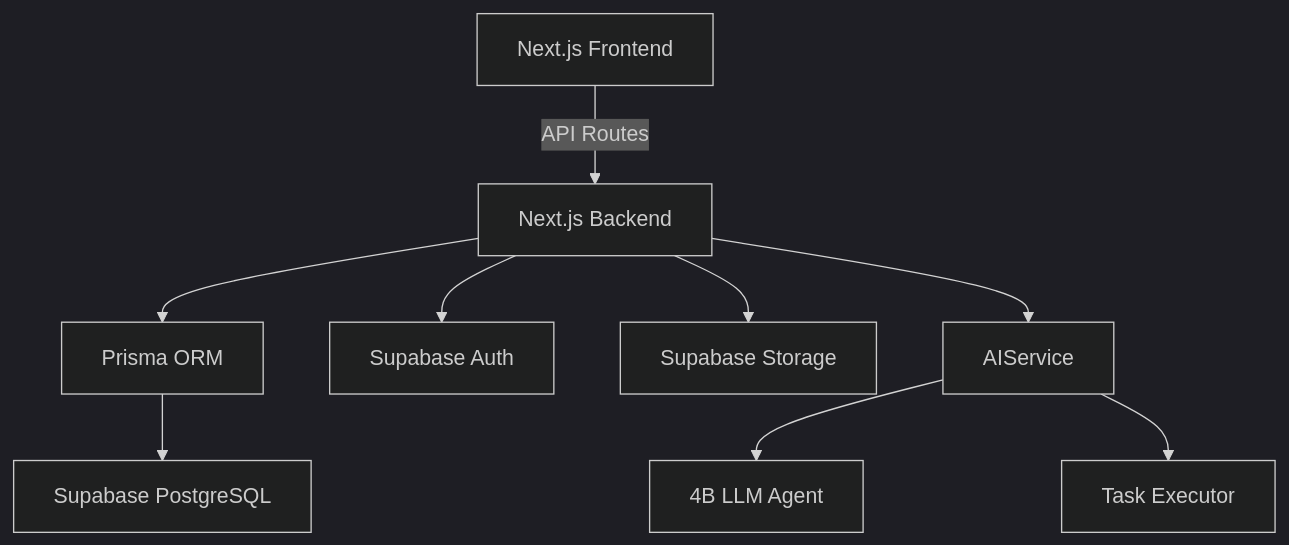
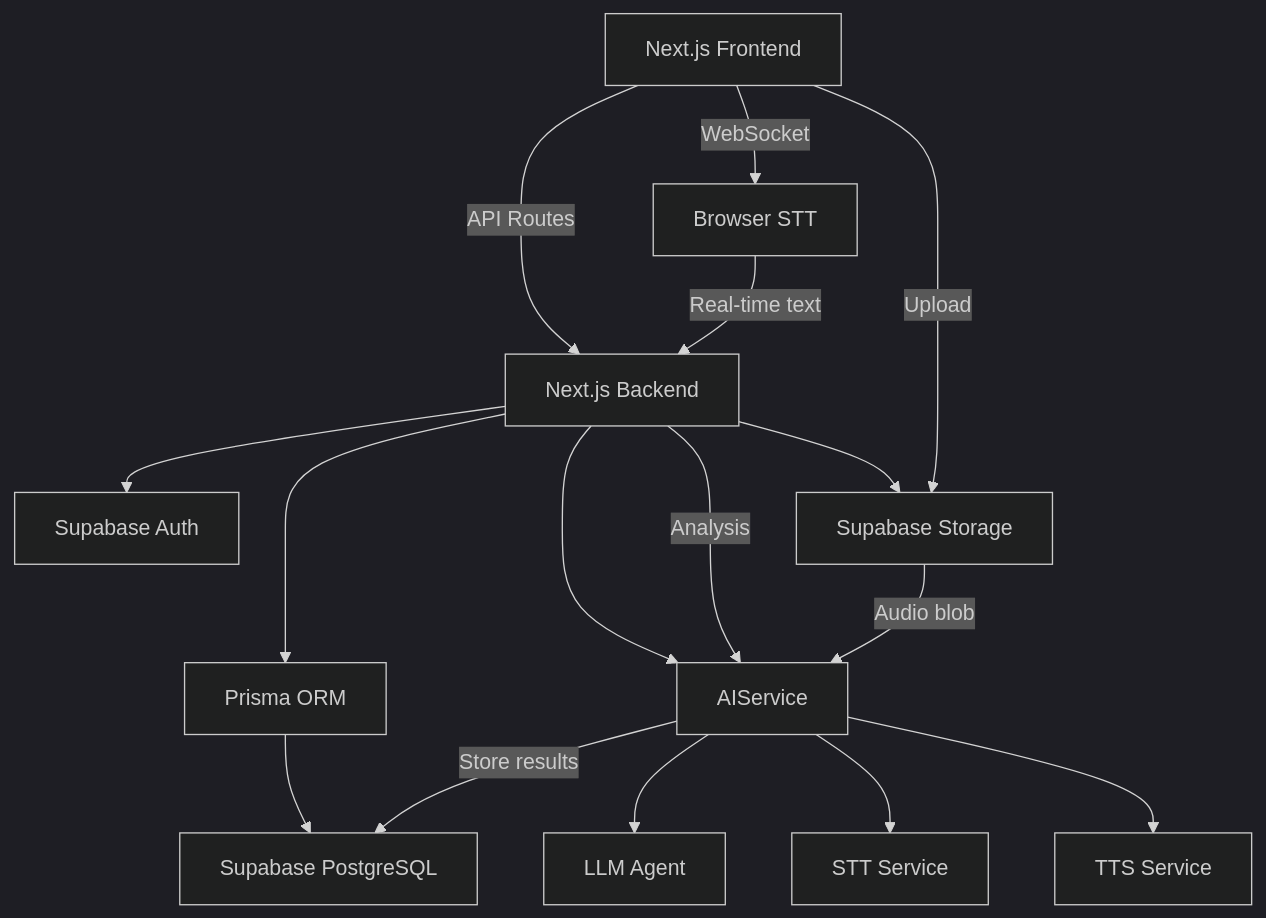
The first of 5 diagrams in documentation/templates/technical_design_template.md (NikKowPHP/lessay-cline), drawn with Mermaid (dark theme) before and after one commit. The commit also changed other lines of this file and 18 other files, not shown here.

````diff
--- a/documentation/templates/technical_design_template.md
+++ b/documentation/templates/technical_design_template.md
@@ -7,11 +7,22 @@
 ```mermaid
 graph TD
     A[Next.js Frontend] -->|API Routes| B[Next.js Backend]
     B --> C[Prisma ORM]
     B --> D[Supabase Auth]
     B --> E[Supabase Storage]
     B --> F[AIService]
     C --> G[Supabase PostgreSQL]
-    F --> H[4B LLM Agent]
-    F --> I[Task Executor]
+    F --> H[LLM Agent]
+    F --> I[STT Service]
+    F --> J[TTS Service]
+    
+    %% Real-time voice path
+    A -->|WebSocket| K[Browser STT]
+    K -->|Real-time text| B
+    B -->|Analysis| F
+    
+    %% Diagnostic audio path
+    A -->|Upload| E[Supabase Storage]
+    E -->|Audio blob| F
+    F -->|Store results| G
 ```
````
